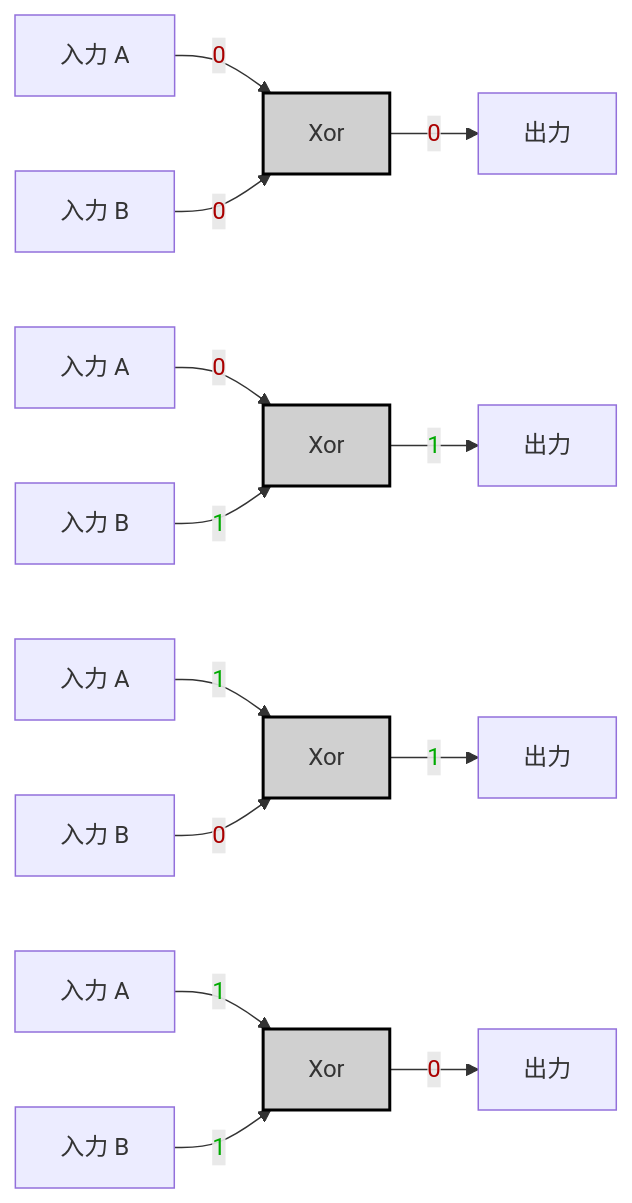
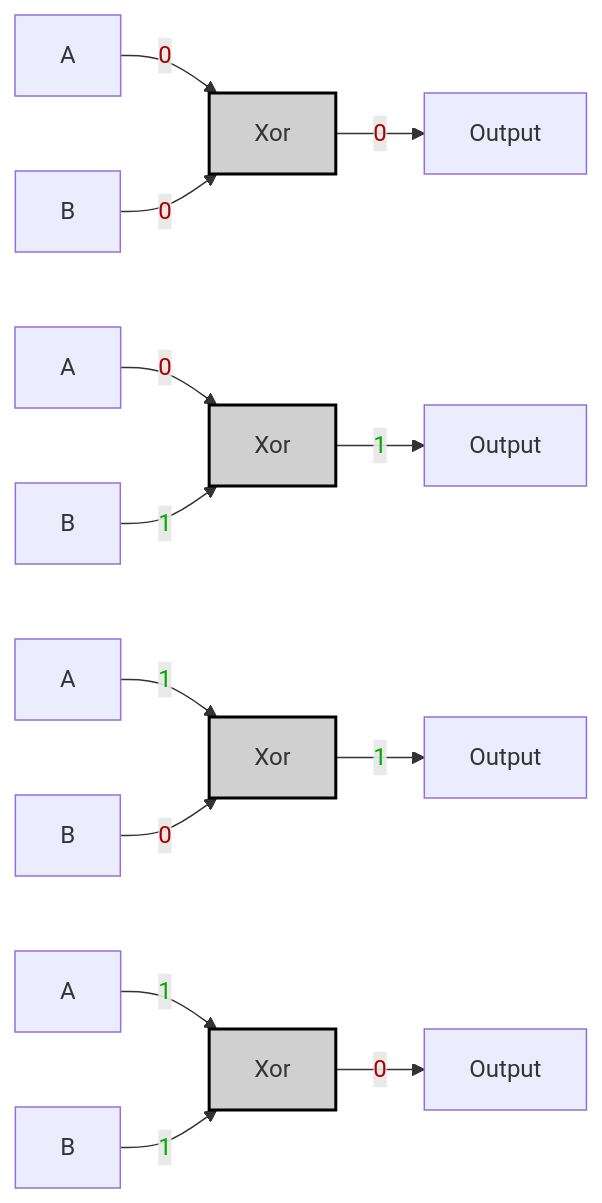
The first of 3 diagrams in 99_Projects/Nand2Tetris/HackHDL/04_Xor.md (MeJamoLeo/Vault_Templates), drawn with Mermaid before and after one commit. The commit also changed other lines of this file and 3 other files, not shown here.

````diff
--- a/99_Projects/Nand2Tetris/HackHDL/04_Xor.md
+++ b/99_Projects/Nand2Tetris/HackHDL/04_Xor.md
@@ -19,20 +19,20 @@
 ```mermaid
 graph LR;
-    A0["入力 A"] -->|<span style="color:#a00">0</span>| Xor0;
-    B0["入力 B"] -->|<span style="color:#a00">0</span>| Xor0;
-    Xor0["Xor"]:::gate -->|<span style="color:#a00">0</span>| OUT0["出力"];
+    A0["A"] -->|<span style="color:#a00">0</span>| Xor0;
+    B0["B"] -->|<span style="color:#a00">0</span>| Xor0;
+    Xor0["Xor"]:::gate -->|<span style="color:#a00">0</span>| OUT0["Output"];
 
-    A1["入力 A"] -->|<span style="color:#a00">0</span>| Xor1;
-    B1["入力 B"] -->|<span style="color:#0a0">1</span>| Xor1;
-    Xor1["Xor"]:::gate -->|<span style="color:#0a0">1</span>| OUT1["出力"];
+    A1["A"] -->|<span style="color:#a00">0</span>| Xor1;
+    B1["B"] -->|<span style="color:#0a0">1</span>| Xor1;
+    Xor1["Xor"]:::gate -->|<span style="color:#0a0">1</span>| OUT1["Output"];
 
-    A2["入力 A"] -->|<span style="color:#0a0">1</span>| Xor2;
-    B2["入力 B"] -->|<span style="color:#a00">0</span>| Xor2;
-    Xor2["Xor"]:::gate -->|<span style="color:#0a0">1</span>| OUT2["出力"];
+    A2["A"] -->|<span style="color:#0a0">1</span>| Xor2;
+    B2["B"] -->|<span style="color:#a00">0</span>| Xor2;
+    Xor2["Xor"]:::gate -->|<span style="color:#0a0">1</span>| OUT2["Output"];
 
-    A3["入力 A"] -->|<span style="color:#0a0">1</span>| Xor3;
-    B3["入力 B"] -->|<span style="color:#0a0">1</span>| Xor3;
-    Xor3["Xor"]:::gate -->|<span style="color:#a00">0</span>| OUT3["出力"];
+    A3["A"] -->|<span style="color:#0a0">1</span>| Xor3;
+    B3["B"] -->|<span style="color:#0a0">1</span>| Xor3;
+    Xor3["Xor"]:::gate -->|<span style="color:#a00">0</span>| OUT3["Output"];
 
     classDef gate fill:#d0d0d0,stroke:#000,stroke-width:2px;
 ```
````
